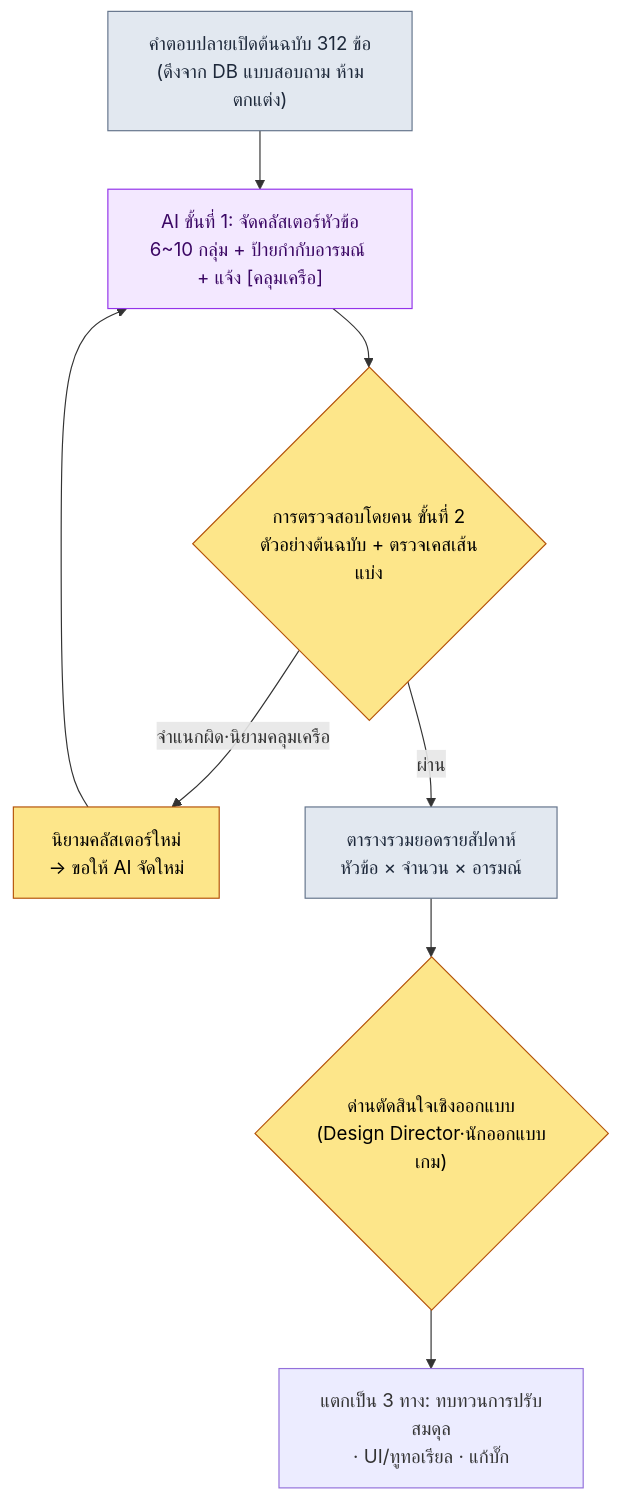
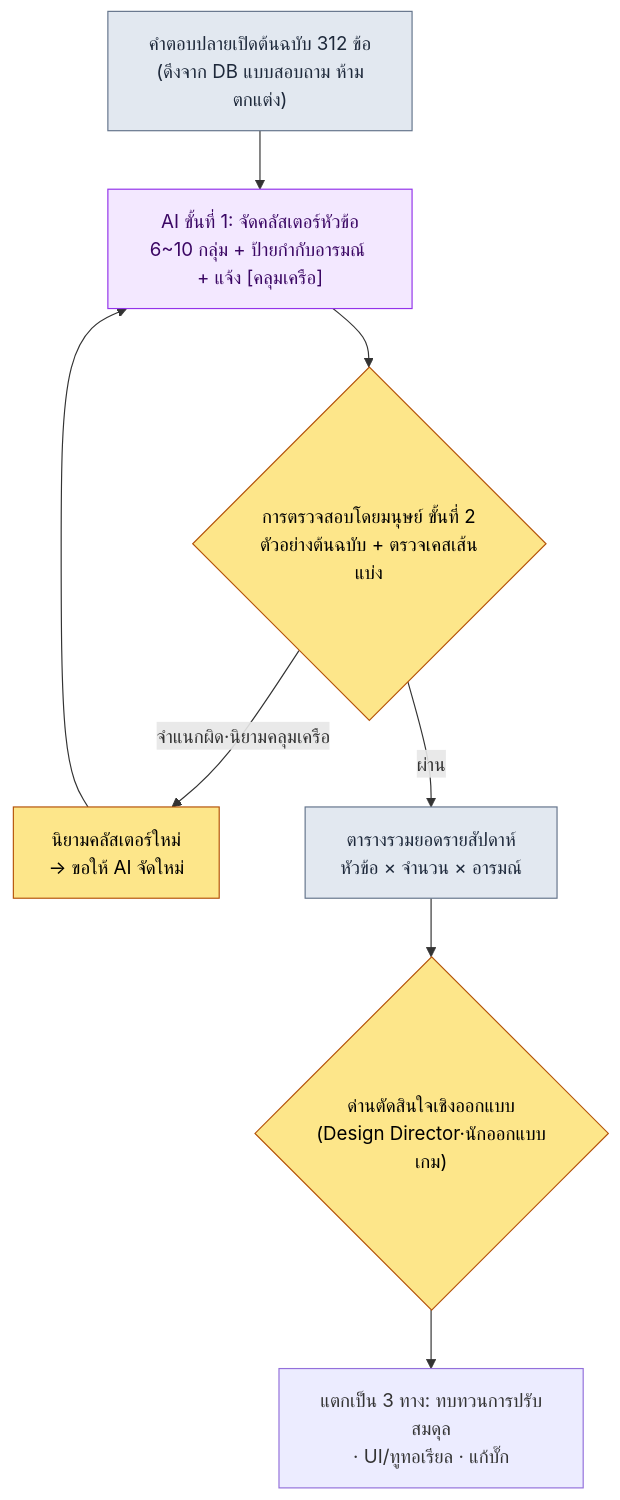
Before and after one commit to eremes81/game-design-ai-practice-th: the first of 2 diagrams in manuscript/part13-data-kpi/chapter-1-faq-meta-game-analysis.md, drawn with Mermaid. The commit also changed other lines of this file and 64 other files, not shown here.

````diff
--- a/manuscript/part13-data-kpi/chapter-1-faq-meta-game-analysis.md
+++ b/manuscript/part13-data-kpi/chapter-1-faq-meta-game-analysis.md
@@ -119,16 +119,16 @@
 ```mermaid
 flowchart TB
     A["คำตอบปลายเปิดต้นฉบับ 312 ข้อ<br/>(ดึงจาก DB แบบสอบถาม ห้ามตกแต่ง)"] --> B["AI ขั้นที่ 1: จัดคลัสเตอร์หัวข้อ<br/>6~10 กลุ่ม + ป้ายกำกับอารมณ์ + แจ้ง [คลุมเครือ]"]
-    B --> C{"การตรวจสอบโดยคน ขั้นที่ 2<br/>ตัวอย่างต้นฉบับ + ตรวจเคสเส้นแบ่ง"}
+    B --> C{"การตรวจสอบโดยมนุษย์ ขั้นที่ 2<br/>ตัวอย่างต้นฉบับ + ตรวจเคสเส้นแบ่ง"}
     C -->|จำแนกผิด·นิยามคลุมเครือ| D["นิยามคลัสเตอร์ใหม่<br/>→ ขอให้ AI จัดใหม่"]
     D --> B
     C -->|ผ่าน| E["ตารางรวมยอดรายสัปดาห์<br/>หัวข้อ × จำนวน × อารมณ์"]
     E --> F{"ด่านตัดสินใจเชิงออกแบบ<br/>(Design Director·นักออกแบบเกม)"}
     F --> G["แตกเป็น 3 ทาง: ทบทวนการปรับสมดุล<br/>· UI/ทูทอเรียล · แก้บั๊ก"]
     classDef ai fill:#f3e8ff,stroke:#9333ea,color:#3b0764;
     classDef human fill:#fde68a,stroke:#b45309,color:#000;
     classDef data fill:#e2e8f0,stroke:#64748b,color:#1e293b;
     class B ai;
     class C,D,F human;
     class A,E data;
 ```
````
